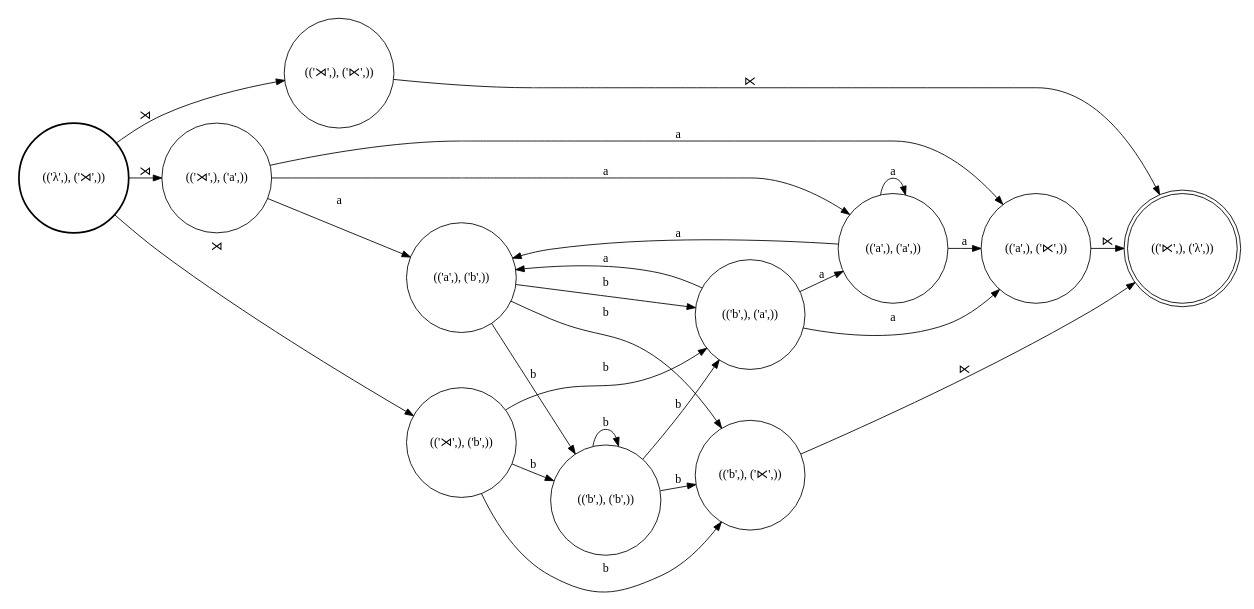
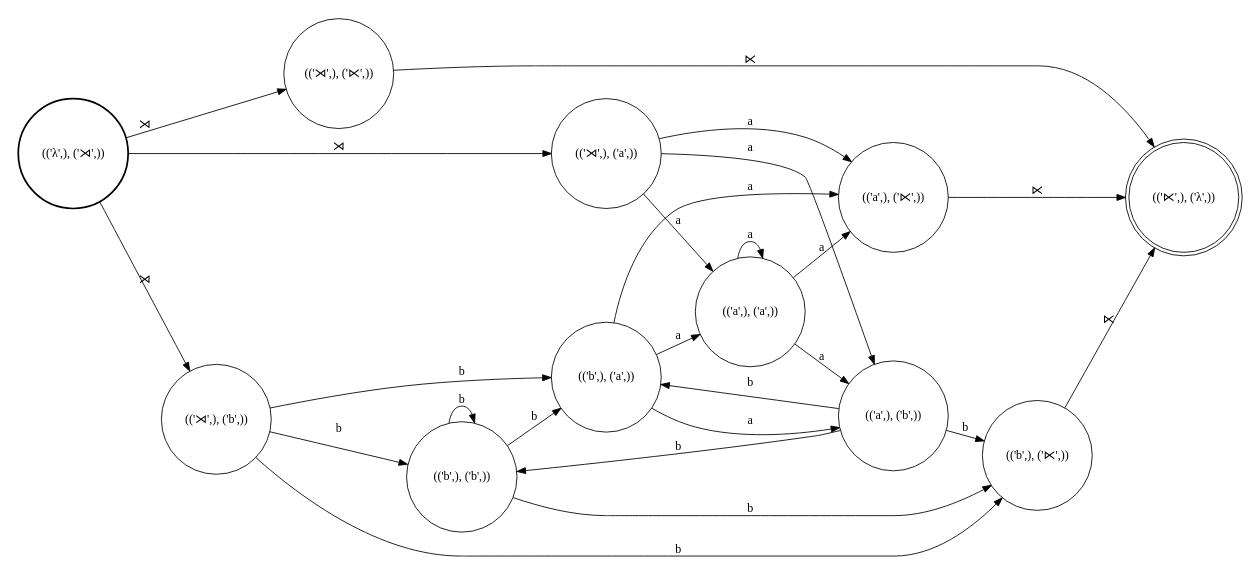
One commit to colincwilson/wynini changed the diagram in demo/LR.dot. Above: the diagram before and after it, drawn with Graphviz. The commit also changed 7 other files, not shown here.

```diff
--- a/demo/LR.dot
+++ b/demo/LR.dot
@@ -1,43 +1,43 @@
 digraph FST {
 rankdir = LR;
 size = "8.5,11";
 center = 1;
 orientation = Portrait;
 ranksep = "0.4";
 nodesep = "0.25";
 0 [label = "(('λ',), ('⋊',))", shape = circle, style = bold, fontsize = 14]
 	0 -> 1 [label = "⋊", fontsize = 14];
 	0 -> 2 [label = "⋊", fontsize = 14];
 	0 -> 3 [label = "⋊", fontsize = 14];
-1 [label = "(('⋊',), ('⋉',))", shape = circle, style = solid, fontsize = 14]
-	1 -> 7 [label = "⋉", fontsize = 14];
+1 [label = "(('⋊',), ('b',))", shape = circle, style = solid, fontsize = 14]
+	1 -> 4 [label = "b", fontsize = 14];
+	1 -> 5 [label = "b", fontsize = 14];
+	1 -> 6 [label = "b", fontsize = 14];
 2 [label = "(('⋊',), ('a',))", shape = circle, style = solid, fontsize = 14]
-	2 -> 4 [label = "a", fontsize = 14];
-	2 -> 5 [label = "a", fontsize = 14];
-	2 -> 6 [label = "a", fontsize = 14];
-3 [label = "(('⋊',), ('b',))", shape = circle, style = solid, fontsize = 14]
-	3 -> 8 [label = "b", fontsize = 14];
-	3 -> 9 [label = "b", fontsize = 14];
-	3 -> 10 [label = "b", fontsize = 14];
-4 [label = "(('a',), ('⋉',))", shape = circle, style = solid, fontsize = 14]
-	4 -> 7 [label = "⋉", fontsize = 14];
-5 [label = "(('a',), ('b',))", shape = circle, style = solid, fontsize = 14]
-	5 -> 8 [label = "b", fontsize = 14];
-	5 -> 9 [label = "b", fontsize = 14];
-	5 -> 10 [label = "b", fontsize = 14];
-6 [label = "(('a',), ('a',))", shape = circle, style = solid, fontsize = 14]
-	6 -> 4 [label = "a", fontsize = 14];
-	6 -> 5 [label = "a", fontsize = 14];
-	6 -> 6 [label = "a", fontsize = 14];
-7 [label = "(('⋉',), ('λ',))", shape = doublecircle, style = solid, fontsize = 14]
-8 [label = "(('b',), ('⋉',))", shape = circle, style = solid, fontsize = 14]
-	8 -> 7 [label = "⋉", fontsize = 14];
-9 [label = "(('b',), ('b',))", shape = circle, style = solid, fontsize = 14]
-	9 -> 8 [label = "b", fontsize = 14];
-	9 -> 9 [label = "b", fontsize = 14];
-	9 -> 10 [label = "b", fontsize = 14];
-10 [label = "(('b',), ('a',))", shape = circle, style = solid, fontsize = 14]
-	10 -> 4 [label = "a", fontsize = 14];
-	10 -> 5 [label = "a", fontsize = 14];
-	10 -> 6 [label = "a", fontsize = 14];
+	2 -> 7 [label = "a", fontsize = 14];
+	2 -> 8 [label = "a", fontsize = 14];
+	2 -> 9 [label = "a", fontsize = 14];
+3 [label = "(('⋊',), ('⋉',))", shape = circle, style = solid, fontsize = 14]
+	3 -> 10 [label = "⋉", fontsize = 14];
+4 [label = "(('b',), ('⋉',))", shape = circle, style = solid, fontsize = 14]
+	4 -> 10 [label = "⋉", fontsize = 14];
+5 [label = "(('b',), ('b',))", shape = circle, style = solid, fontsize = 14]
+	5 -> 4 [label = "b", fontsize = 14];
+	5 -> 5 [label = "b", fontsize = 14];
+	5 -> 6 [label = "b", fontsize = 14];
+6 [label = "(('b',), ('a',))", shape = circle, style = solid, fontsize = 14]
+	6 -> 7 [label = "a", fontsize = 14];
+	6 -> 8 [label = "a", fontsize = 14];
+	6 -> 9 [label = "a", fontsize = 14];
+7 [label = "(('a',), ('⋉',))", shape = circle, style = solid, fontsize = 14]
+	7 -> 10 [label = "⋉", fontsize = 14];
+8 [label = "(('a',), ('b',))", shape = circle, style = solid, fontsize = 14]
+	8 -> 4 [label = "b", fontsize = 14];
+	8 -> 5 [label = "b", fontsize = 14];
+	8 -> 6 [label = "b", fontsize = 14];
+9 [label = "(('a',), ('a',))", shape = circle, style = solid, fontsize = 14]
+	9 -> 7 [label = "a", fontsize = 14];
+	9 -> 8 [label = "a", fontsize = 14];
+	9 -> 9 [label = "a", fontsize = 14];
+10 [label = "(('⋉',), ('λ',))", shape = doublecircle, style = solid, fontsize = 14]
 }
```
